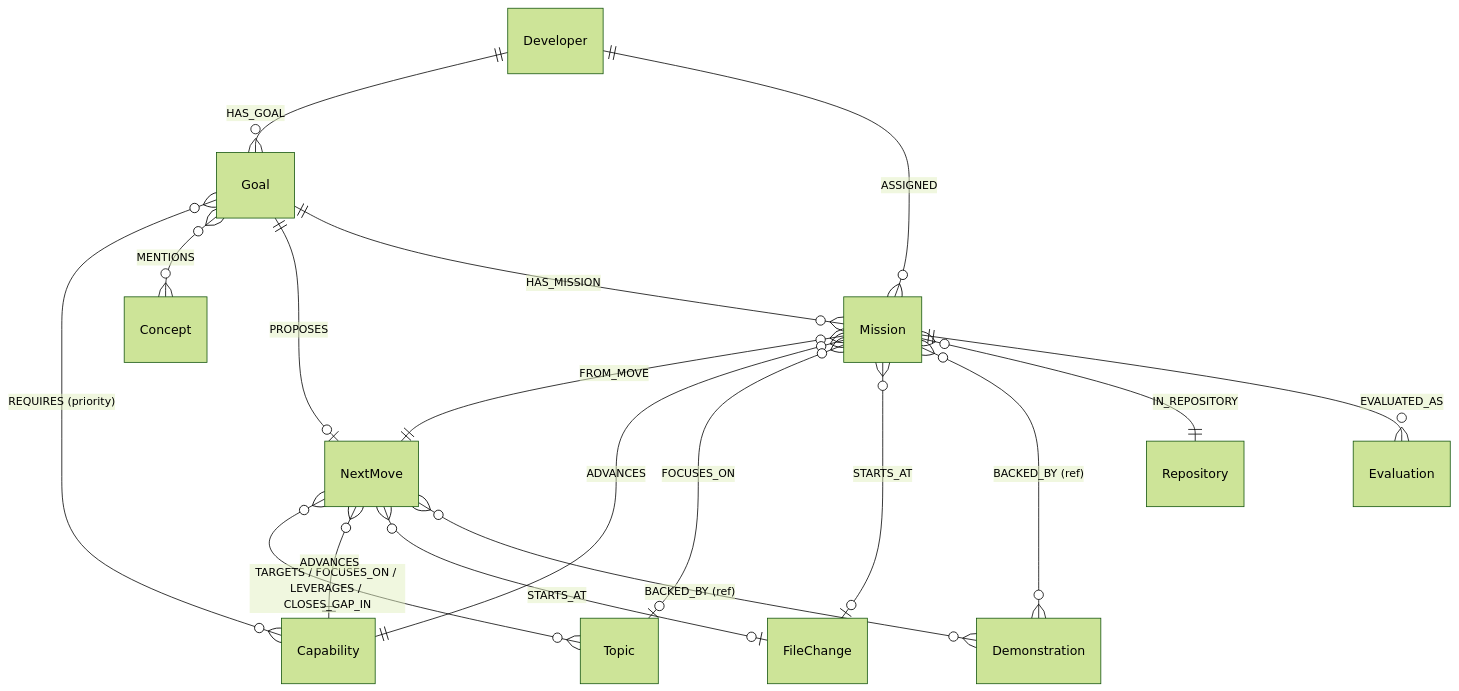
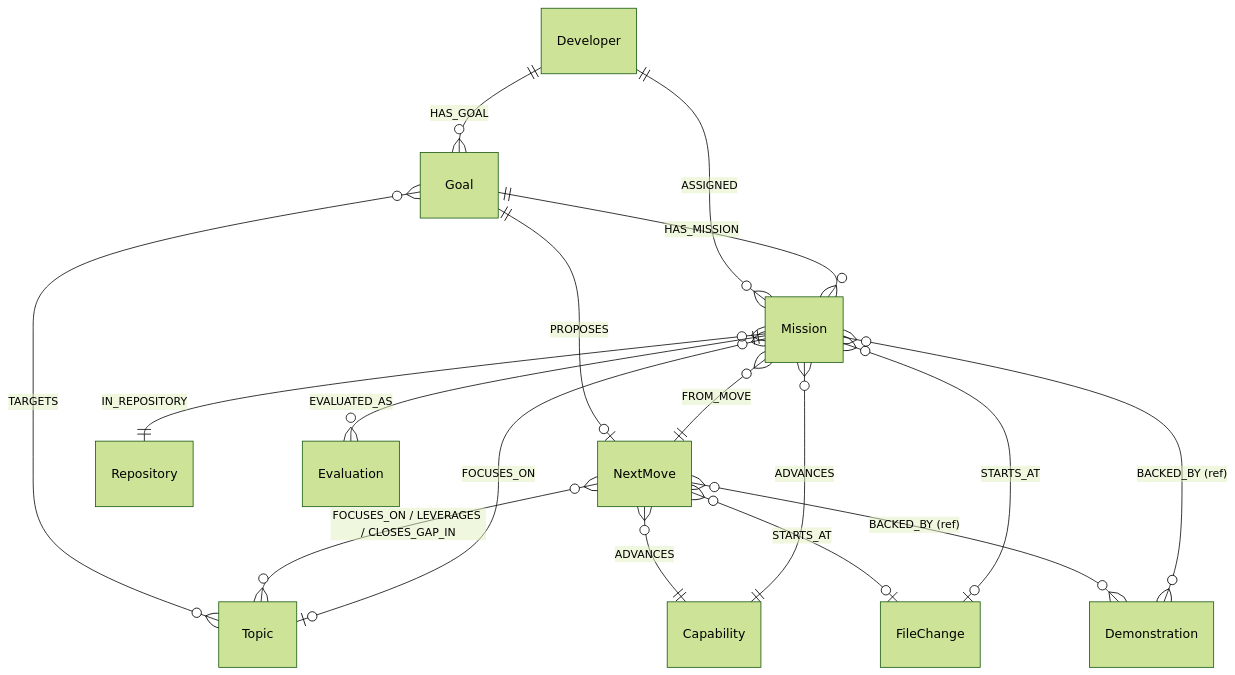
One commit to AymaanPathan/pathaway.io changed the sixth of 14 diagrams in README.md. Above: the diagram before and after it, drawn with Mermaid (forest theme). The commit also changed other lines of this file, not shown here.

````diff
--- a/README.md
+++ b/README.md
@@ -367,20 +362,19 @@
 ```mermaid
 erDiagram
     Developer ||--o{ Goal : HAS_GOAL
     Developer ||--o{ Mission : ASSIGNED
-    Goal }o--o{ Capability : "REQUIRES (priority)"
-    Goal }o--o{ Concept : MENTIONS
     Goal ||--o| NextMove : PROPOSES
     Goal ||--o{ Mission : HAS_MISSION
-    NextMove }o--o{ Topic : "TARGETS / FOCUSES_ON / LEVERAGES / CLOSES_GAP_IN"
+    Goal }o--o{ Topic : TARGETS
+    NextMove }o--o{ Topic : "FOCUSES_ON / LEVERAGES / CLOSES_GAP_IN"
     NextMove }o--|| Capability : ADVANCES
     NextMove }o--o| FileChange : STARTS_AT
     NextMove }o--o{ Demonstration : "BACKED_BY (ref)"
     Mission }o--|| NextMove : FROM_MOVE
     Mission }o--|| Capability : ADVANCES
     Mission }o--o| Topic : FOCUSES_ON
     Mission }o--o| FileChange : STARTS_AT
     Mission }o--o{ Demonstration : "BACKED_BY (ref)"
     Mission }o--|| Repository : IN_REPOSITORY
     Mission ||--o{ Evaluation : EVALUATED_AS
 ```
````
